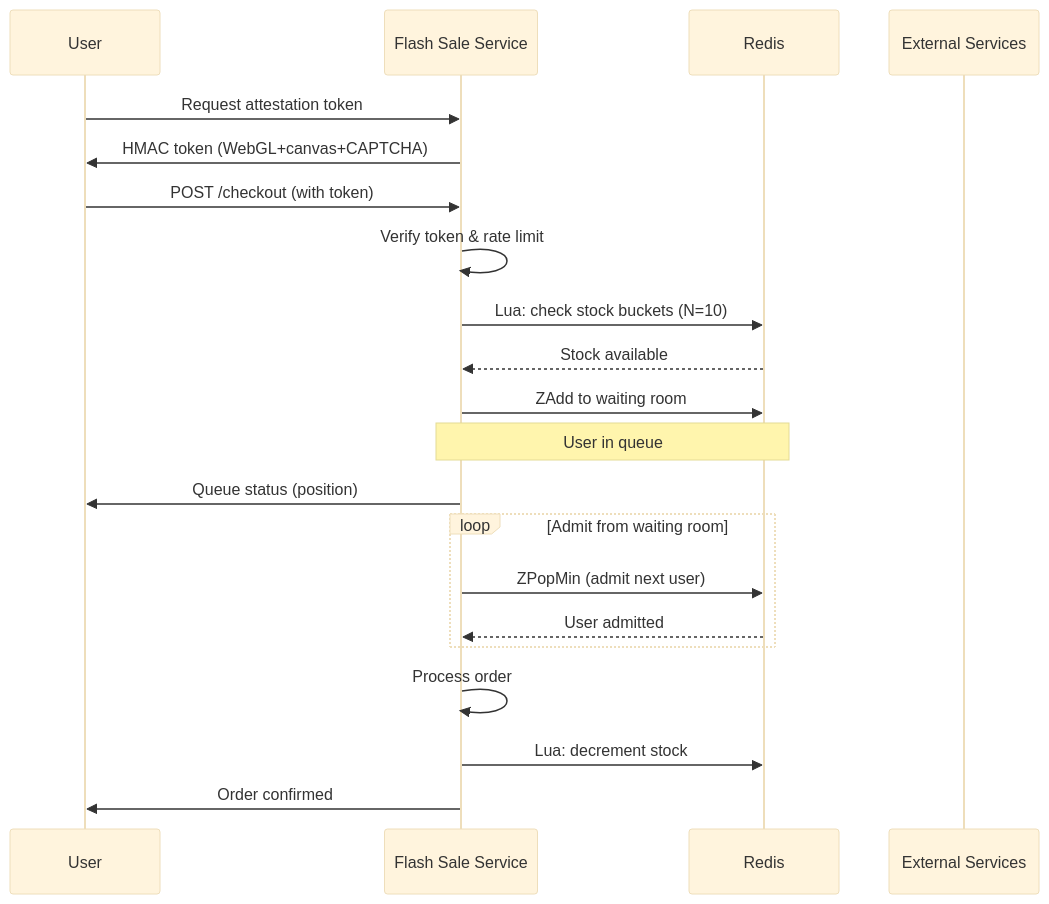
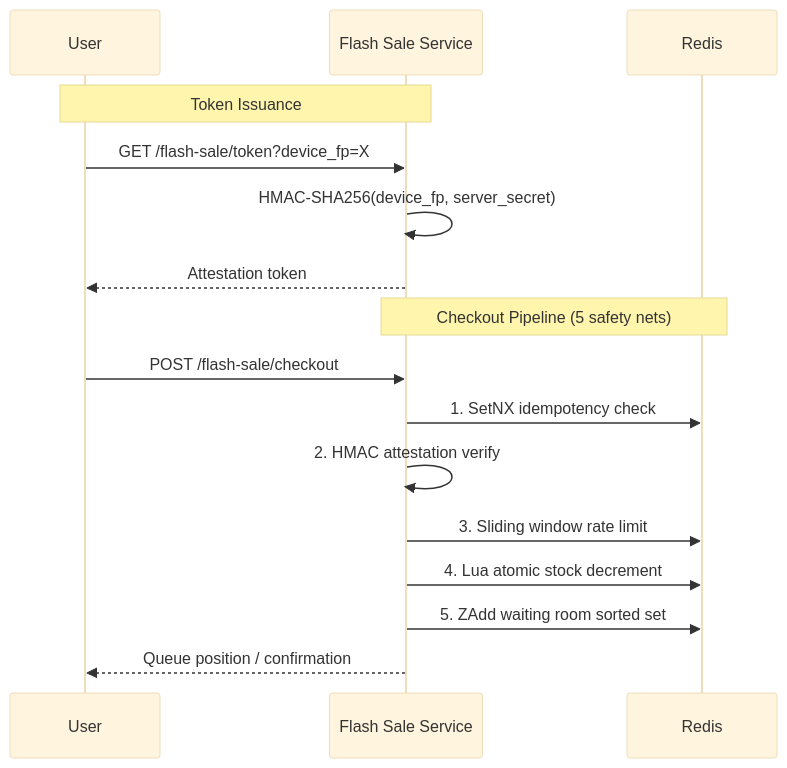
One commit to faisalaffan/faisalaffan-design-system changed the diagram in book/en/08-qcommerce/flash-sale.md. Above: the diagram before and after it, drawn with Mermaid. The commit also changed other lines of this file and 2 other files, not shown here.

Commit message:
refactor(flash-sale): reduce to MVP core — 5 files, 6 endpoints, 5 safety nets, 196 tests

````diff
--- a/book/en/08-qcommerce/flash-sale.md
+++ b/book/en/08-qcommerce/flash-sale.md
@@ -9,29 +9,21 @@
 ```mermaid
 %%{init: {"theme": "base", "themeVariables": {"background": "#ffffff"}}}%%
 sequenceDiagram
     participant U as User
     participant FS as Flash Sale Service
     participant R as Redis
-    participant ES as External Services
 
-    U->>FS: Request attestation token
-    FS->>U: HMAC token (WebGL+canvas+CAPTCHA)
+    Note over U,FS: Token Issuance
+    U->>FS: GET /flash-sale/token?device_fp=X
+    FS->>FS: HMAC-SHA256(device_fp, server_secret)
+    FS-->>U: Attestation token
 
-    U->>FS: POST /checkout (with token)
-    FS->>FS: Verify token & rate limit
-    FS->>R: Lua: check stock buckets (N=10)
-    R-->>FS: Stock available
-
-    FS->>R: ZAdd to waiting room
-    Note over FS,R: User in queue
-    FS->>U: Queue status (position)
-
-    loop Admit from waiting room
-        FS->>R: ZPopMin (admit next user)
-        R-->>FS: User admitted
-    end
-
-    FS->>FS: Process order
-    FS->>R: Lua: decrement stock
-    FS->>U: Order confirmed
+    Note over FS,R: Checkout Pipeline (5 safety nets)
+    U->>FS: POST /flash-sale/checkout
+    FS->>R: 1. SetNX idempotency check
+    FS->>FS: 2. HMAC attestation verify
+    FS->>R: 3. Sliding window rate limit
+    FS->>R: 4. Lua atomic stock decrement
+    FS->>R: 5. ZAdd waiting room sorted set
+    FS-->>U: Queue position / confirmation
 ```
````
